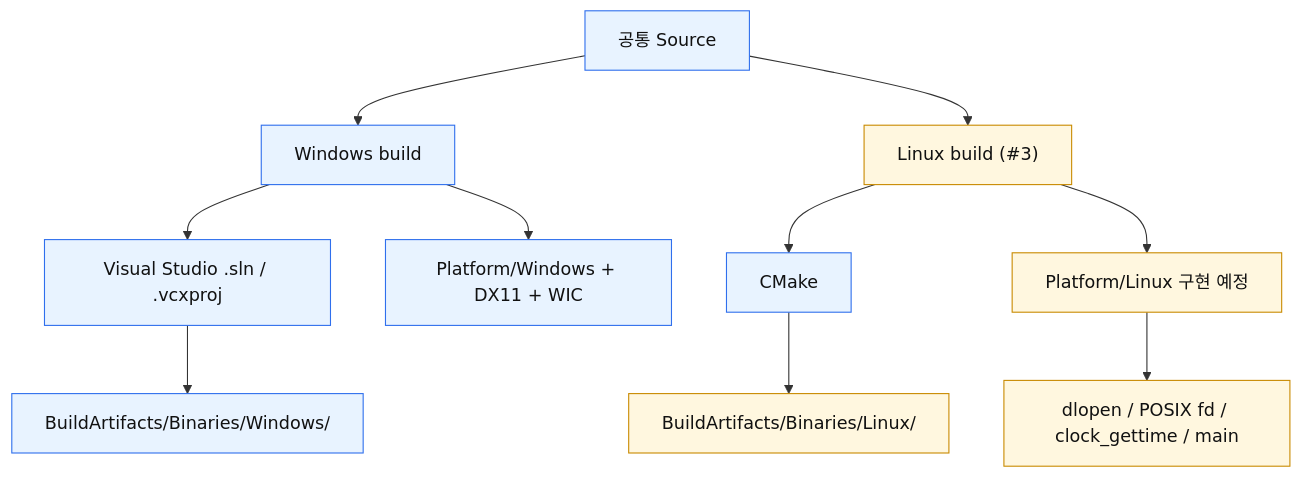
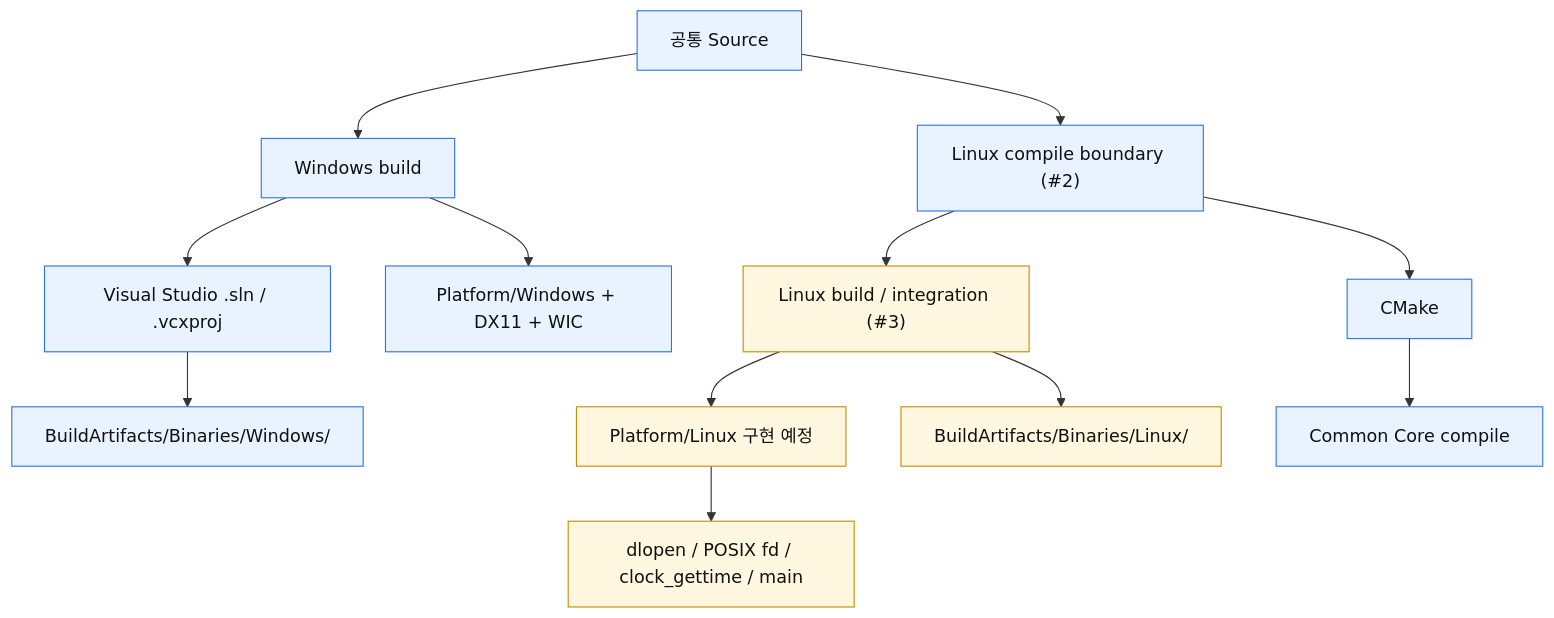
Before and after one commit to cyphen156/CyphenEngine: the sixth of 7 diagrams in Docs/Architecture.md, drawn with Mermaid. The commit also changed other lines of this file, not shown here.

````diff
--- a/Docs/Architecture.md
+++ b/Docs/Architecture.md
@@ -111,19 +141,21 @@
 ```mermaid
 flowchart TB
 	Source["공통 Source"] --> WindowsBuild["Windows build"]
-	Source --> LinuxBuild["Linux build (#3)"]
+	Source --> LinuxCompile["Linux compile boundary (#2)"]
+	LinuxCompile --> LinuxBuild["Linux build / integration (#3)"]
 
 	WindowsBuild --> VS["Visual Studio .sln / .vcxproj"]
 	WindowsBuild --> WinLeaf["Platform/Windows + DX11 + WIC"]
 	VS --> WinBin["BuildArtifacts/Binaries/Windows/<Config>"]
 
-	LinuxBuild --> CMake["CMake"]
+	LinuxCompile --> CMake["CMake"]
+	CMake --> LinuxObject["Common Core compile"]
 	LinuxBuild --> LinuxLeaf["Platform/Linux 구현 예정"]
 	LinuxLeaf --> LinuxTasks["dlopen / POSIX fd / clock_gettime / main"]
-	CMake --> LinuxBin["BuildArtifacts/Binaries/Linux/<Config>"]
+	LinuxBuild --> LinuxBin["BuildArtifacts/Binaries/Linux/<Config>"]
 
 	classDef current fill:#e8f3ff,stroke:#2f6fed,color:#111;
 	classDef future fill:#fff7df,stroke:#c98a00,color:#111;
-	class Source,WindowsBuild,VS,WinLeaf,WinBin,CMake current;
+	class Source,WindowsBuild,VS,WinLeaf,WinBin,LinuxCompile,CMake,LinuxObject current;
 	class LinuxBuild,LinuxLeaf,LinuxTasks,LinuxBin future;
 ```
````
